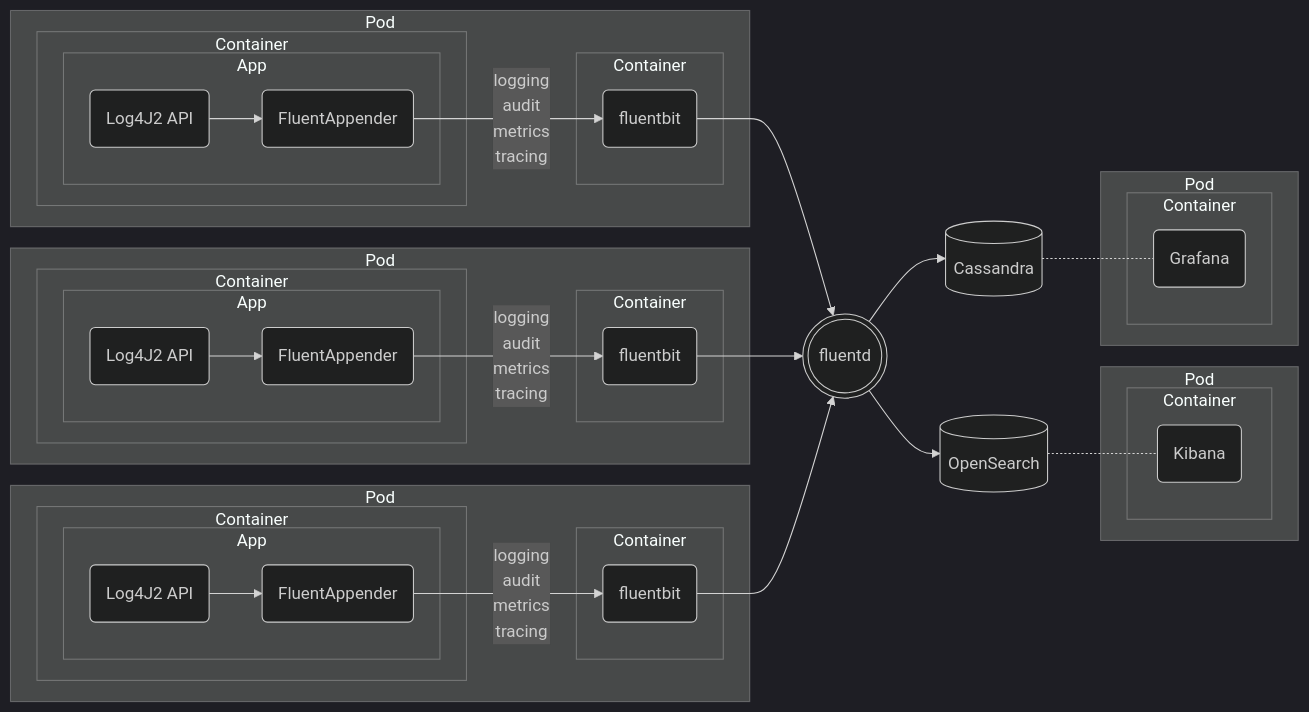
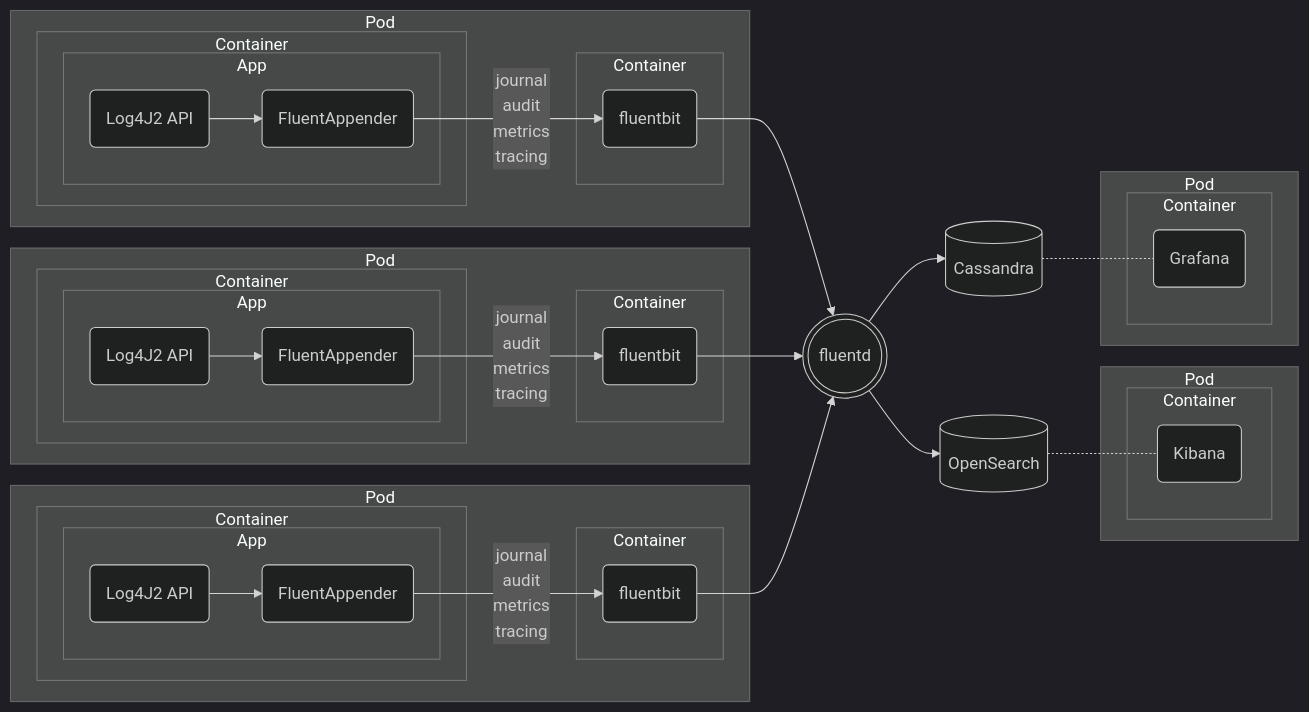
Before and after one commit to t-ibm/didymus: the diagram in app/src/doc/templates/elkStackFluent.mmd, drawn with Mermaid (dark theme). The commit also changed 1 other file, not shown here.

Commit message:
Renaming 'logging' to  'journal'

```diff
--- a/app/src/doc/templates/elkStackFluent.mmd
+++ b/app/src/doc/templates/elkStackFluent.mmd
@@ -1,48 +1,48 @@
 flowchart LR
   subgraph P1[Pod]
     subgraph C11[Container]
       subgraph B1[App]
         I1(Log4J2 API) --> A1(FluentAppender)
       end
     end
     subgraph C12[Container]
-      A1 --> |logging<br/>audit<br/>metrics<br/>tracing| F1(fluentbit)
+      A1 --> |journal<br/>audit<br/>metrics<br/>tracing| F1(fluentbit)
     end
   end
   subgraph P2[Pod]
     subgraph C21[Container]
       subgraph B2[App]
         I2(Log4J2 API) --> A2(FluentAppender)
       end
     end
     subgraph C22[Container]
-      A2 --> |logging<br/>audit<br/>metrics<br/>tracing| F2(fluentbit)
+      A2 --> |journal<br/>audit<br/>metrics<br/>tracing| F2(fluentbit)
     end
   end
   subgraph P3[Pod]
     subgraph C31[Container]
       subgraph B3[App]
         I3(Log4J2 API) --> A3(FluentAppender)
       end
     end
     subgraph C32[Container]
-      A3 --> |logging<br/>audit<br/>metrics<br/>tracing| F3(fluentbit)
+      A3 --> |journal<br/>audit<br/>metrics<br/>tracing| F3(fluentbit)
     end
   end
   F1 --> L(((fluentd)))
   F2 --> L
   F3 --> L
   L --> E1[(OpenSearch)]
   L --> E2[(Cassandra)]
   subgraph P4[Pod]
     subgraph C4[Container]
       K4(Kibana)
     end
   end
   subgraph P5[Pod]
     subgraph C5[Container]
       K5(Grafana)
     end
   end
   E1 -.- K4
   E2 -.- K5
```
